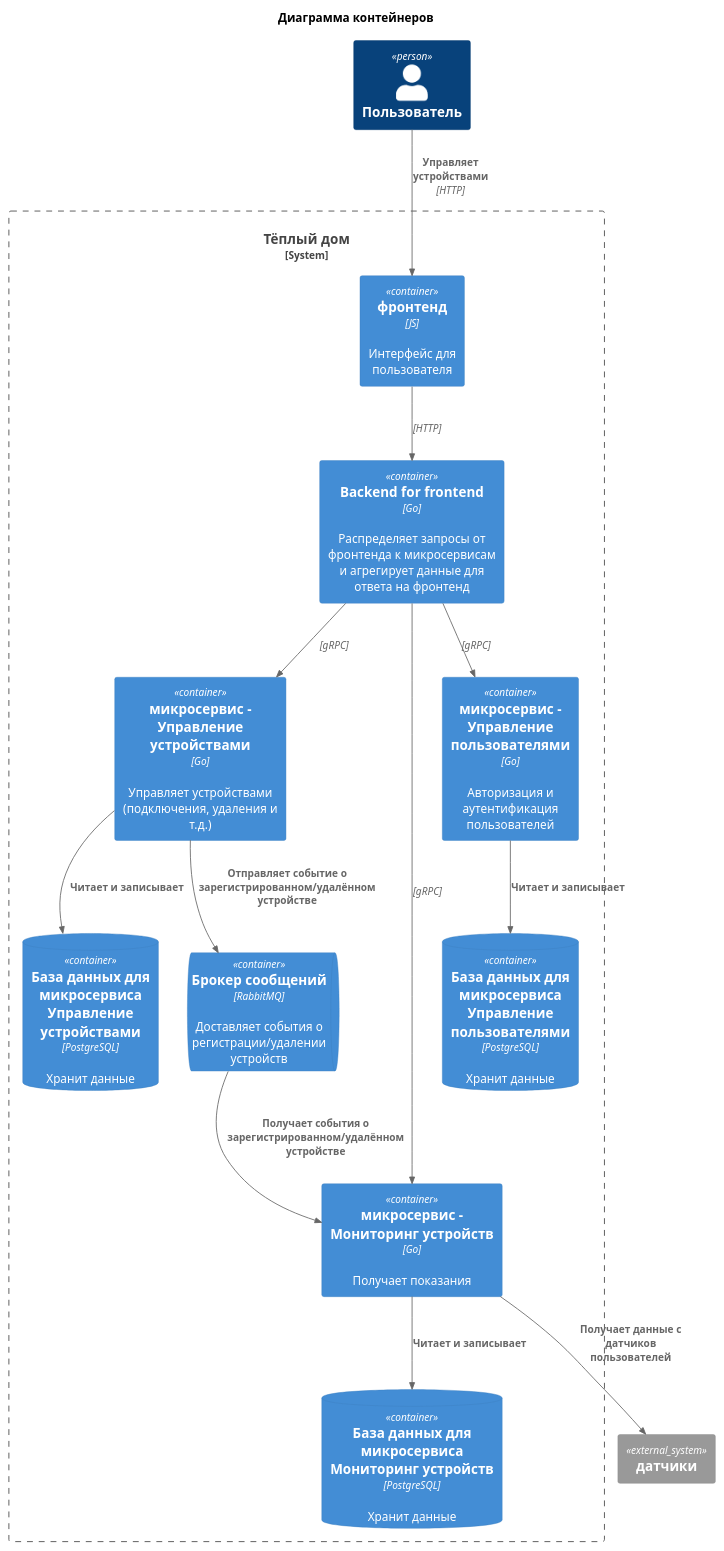
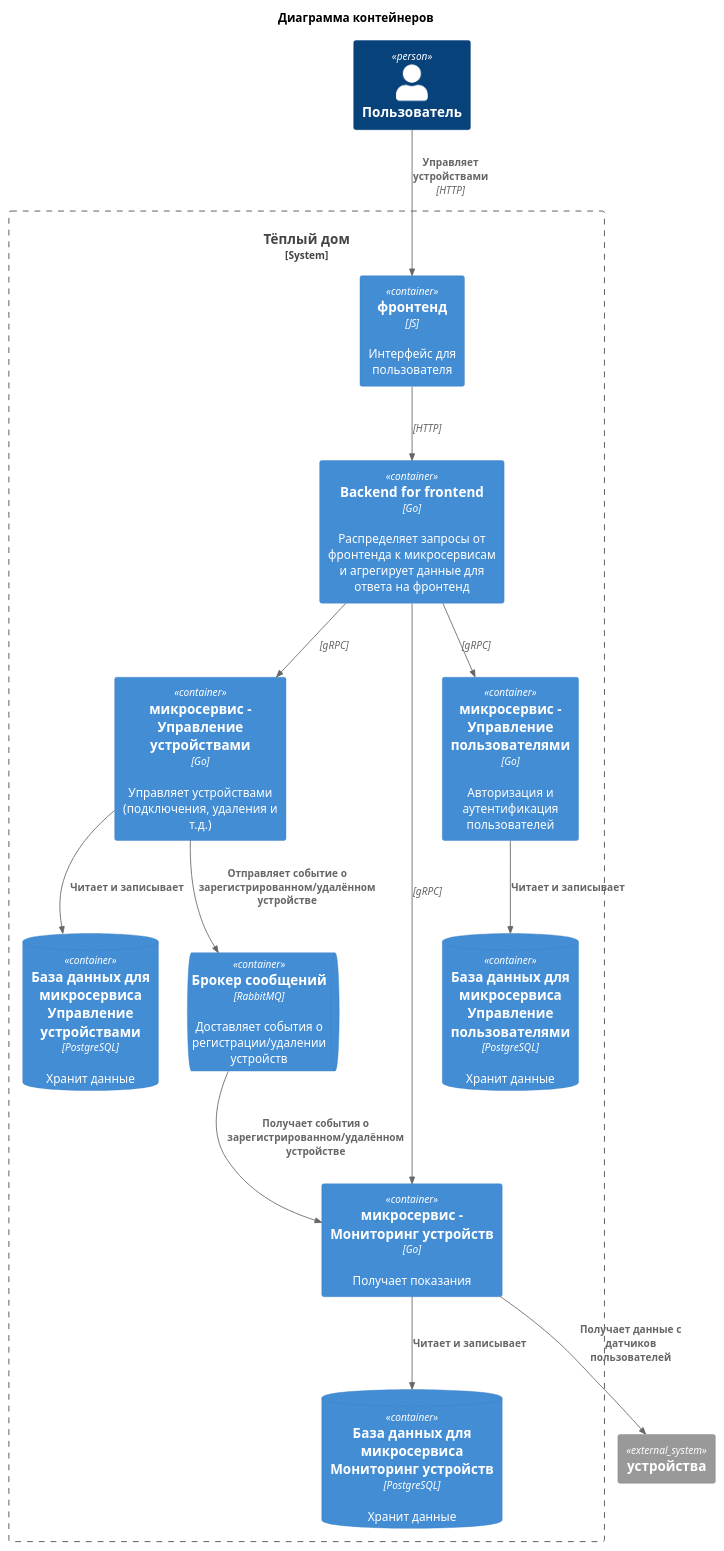
Before and after one commit to NikolosHGW/architecture-pro-warmhouse: the diagram in schemas/2/container.puml, drawn with PlantUML. The commit also changed 1 other file, not shown here.

Commit message:
Задание 2: Диаграмма компонентов - Мониторинг устройств

```diff
--- a/schemas/2/container.puml
+++ b/schemas/2/container.puml
@@ -1,43 +1,43 @@
 @startuml
 !include <C4/C4_Container>
 
 title Диаграмма контейнеров
 
 Person(user, "Пользователь")
 
 System_Boundary(warmhouse, "Тёплый дом") {
 
     Container(web_client, "фронтенд", "JS", "Интерфейс для пользователя")
 
     Container(bff, "Backend for frontend", "Go", "Распределяет запросы от фронтенда к микросервисам и агрегирует данные для ответа на фронтенд")
 
     Container(devices, "микросервис - Управление устройствами", "Go", "Управляет устройствами (подключения, удаления и т.д.)")
 
     ContainerDb(devices_db, "База данных для микросервиса Управление устройствами", "PostgreSQL", "Хранит данные")
 
     Container(monitoring, "микросервис - Мониторинг устройств", "Go", "Получает показания")
 
     ContainerDb(monitoring_db, "База данных для микросервиса Мониторинг устройств", "PostgreSQL", "Хранит данные")
 
     Container(auth, "микросервис - Управление пользователями", "Go", "Авторизация и аутентификация пользователей")
 
     ContainerDb(auth_db, "База данных для микросервиса Управление пользователями", "PostgreSQL", "Хранит данные")
 
     ContainerQueue(rabbitmq, "Брокер сообщений", "RabbitMQ", "Доставляет события о регистрации/удалении устройств")
 }
 
-System_Ext("user_sensors", "датчики")
+System_Ext("user_devices", "устройства")
 
 Rel(user, web_client, "Управляет устройствами", "HTTP")
 Rel(web_client, bff, "", "HTTP")
 Rel(bff, devices, "", "gRPC")
 Rel(bff, monitoring, "", "gRPC")
 Rel(bff, auth, "", "gRPC")
 Rel(devices, devices_db, "Читает и записывает")
 Rel(monitoring, monitoring_db, "Читает и записывает")
 Rel(auth, auth_db, "Читает и записывает")
-Rel(monitoring, user_sensors, "Получает данные с датчиков пользователей")
+Rel(monitoring, user_devices, "Получает данные с датчиков пользователей")
 Rel(devices, rabbitmq, "Отправляет событие о зарегистрированном/удалённом устройстве")
 Rel(rabbitmq, monitoring, "Получает события о зарегистрированном/удалённом устройстве")
 
 @enduml
```
